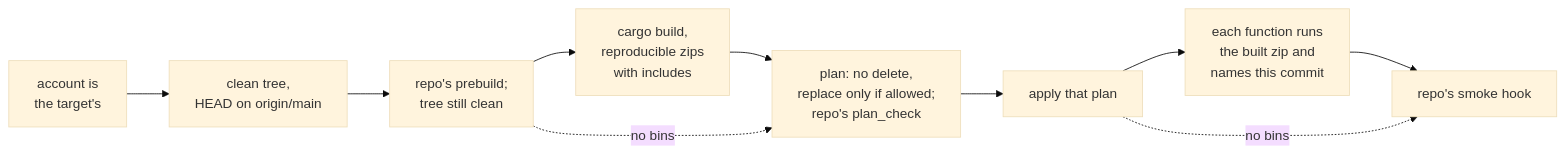
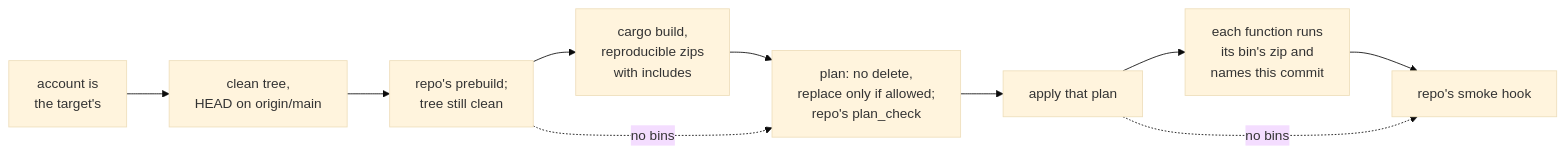
The second of 2 diagrams in README.md (stackwell-labs/shared-terraform), drawn with Mermaid (base theme) before and after one commit. The commit also changed other lines of this file and 2 other files, not shown here.

First line of the commit message:
deploy-lambda: a bin names function_outputs, every one checked against its zip

````diff
--- a/README.md
+++ b/README.md
@@ -279,12 +279,12 @@
 ```mermaid
 flowchart LR
   A[account is<br>the target's] --> B[clean tree,<br>HEAD on origin/main]
   B --> P[repo's prebuild;<br>tree still clean]
   P --> C[cargo build,<br>reproducible zips<br>with includes]
   C --> D[plan: no delete,<br>replace only if allowed;<br>repo's plan_check]
   D --> E[apply that plan]
-  E --> F[each function runs<br>the built zip and<br>names this commit]
+  E --> F[each function runs<br>its bin's zip and<br>names this commit]
   F --> G[repo's smoke hook]
   P -. no bins .-> D
   E -. no bins .-> G
 ```
````
